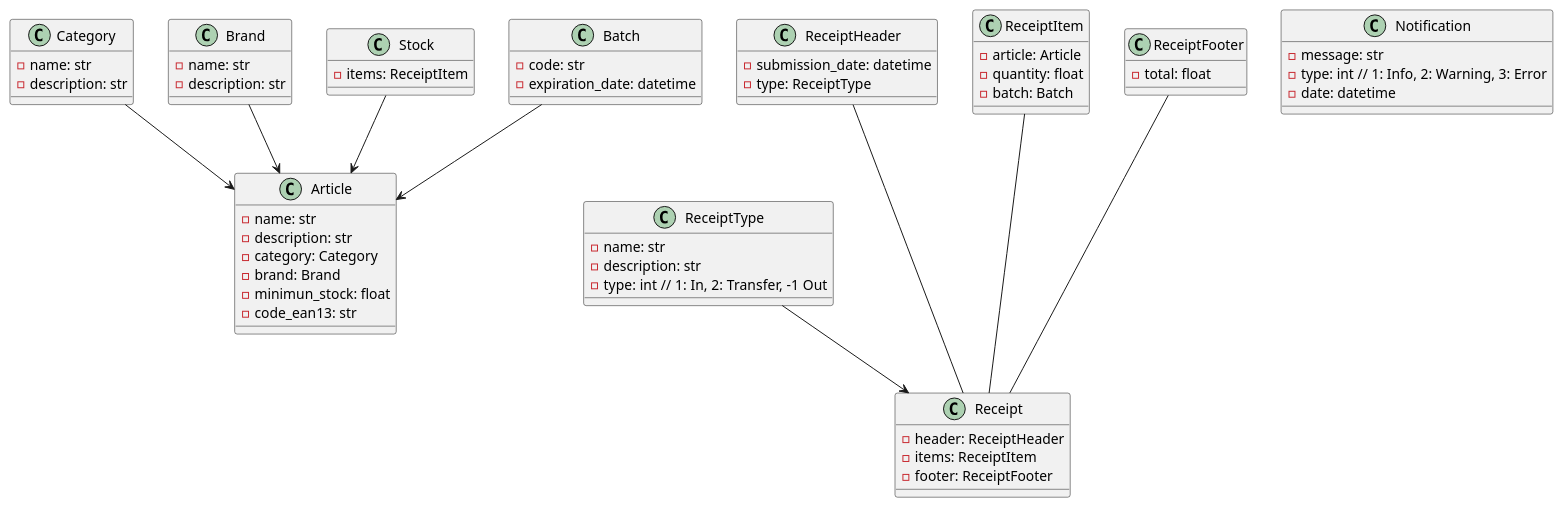
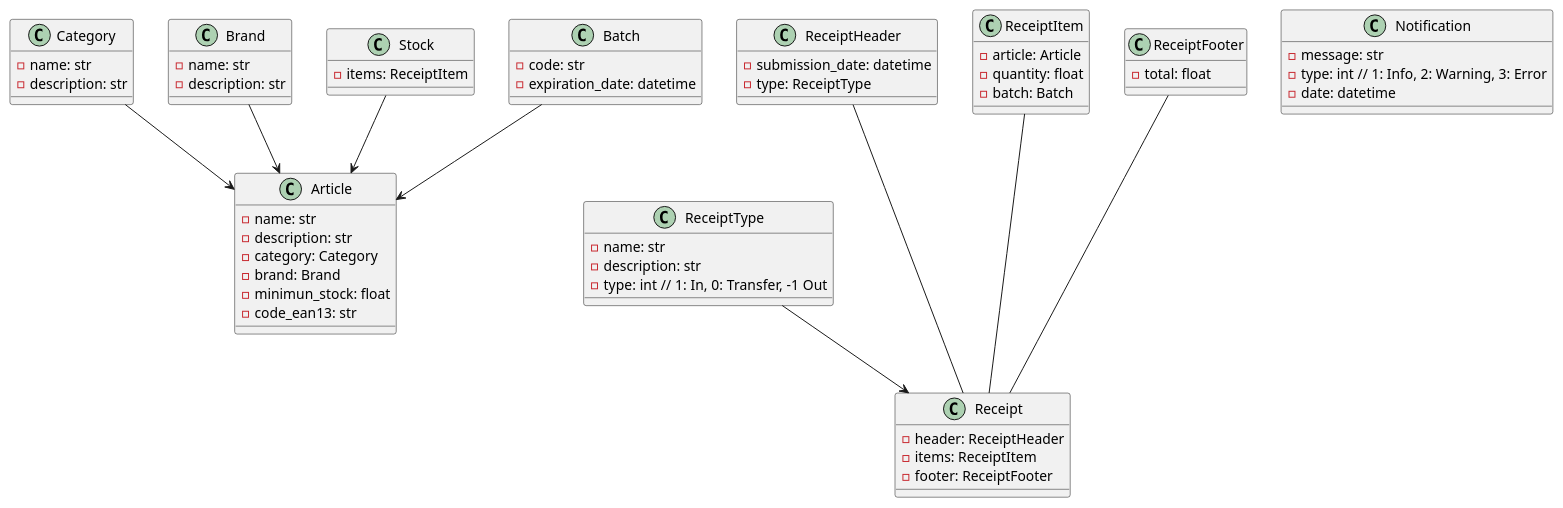
The diagram in docs/class_diagram.puml (ElielMato/gestion_system), drawn with PlantUML before and after one commit. The commit also changed 2 other files, not shown here.

```diff
--- a/docs/class_diagram.puml
+++ b/docs/class_diagram.puml
@@ -1,74 +1,74 @@
 @startuml ClassDiagram
 
 class Article {
     - name: str
     - description: str 
     - category: Category
     - brand: Brand
     - minimun_stock: float
     - code_ean13: str
 }
 
 class Category {
     - name: str
     - description: str
 }
 
 class Brand {
     - name: str
     - description: str
 }
 
 class Stock {
     - items: ReceiptItem
 }
 
 class ReceiptType {
     - name: str
     - description: str
-    - type: int // 1: In, 2: Transfer, -1 Out
+    - type: int // 1: In, 0: Transfer, -1 Out
 }
 
 class ReceiptHeader {
     - submission_date: datetime
     - type: ReceiptType
 }
 
 class ReceiptItem {
     - article: Article
     - quantity: float
     - batch: Batch
 }
 
 class ReceiptFooter {
     - total: float
 }
 
 class Receipt {
     - header: ReceiptHeader
     - items: ReceiptItem
     - footer: ReceiptFooter
 }
 
 class Notification {
     - message: str
     - type: int // 1: Info, 2: Warning, 3: Error
     - date: datetime
 }
 
 class Batch {
     - code: str
     - expiration_date: datetime
 }
 
 Stock --> Article
 Brand --> Article
 Category --> Article
 Batch --> Article
 
 ReceiptType --> Receipt 
 ReceiptHeader --- Receipt
 ReceiptItem --- Receipt
 ReceiptFooter --- Receipt
 
 @enduml
```
